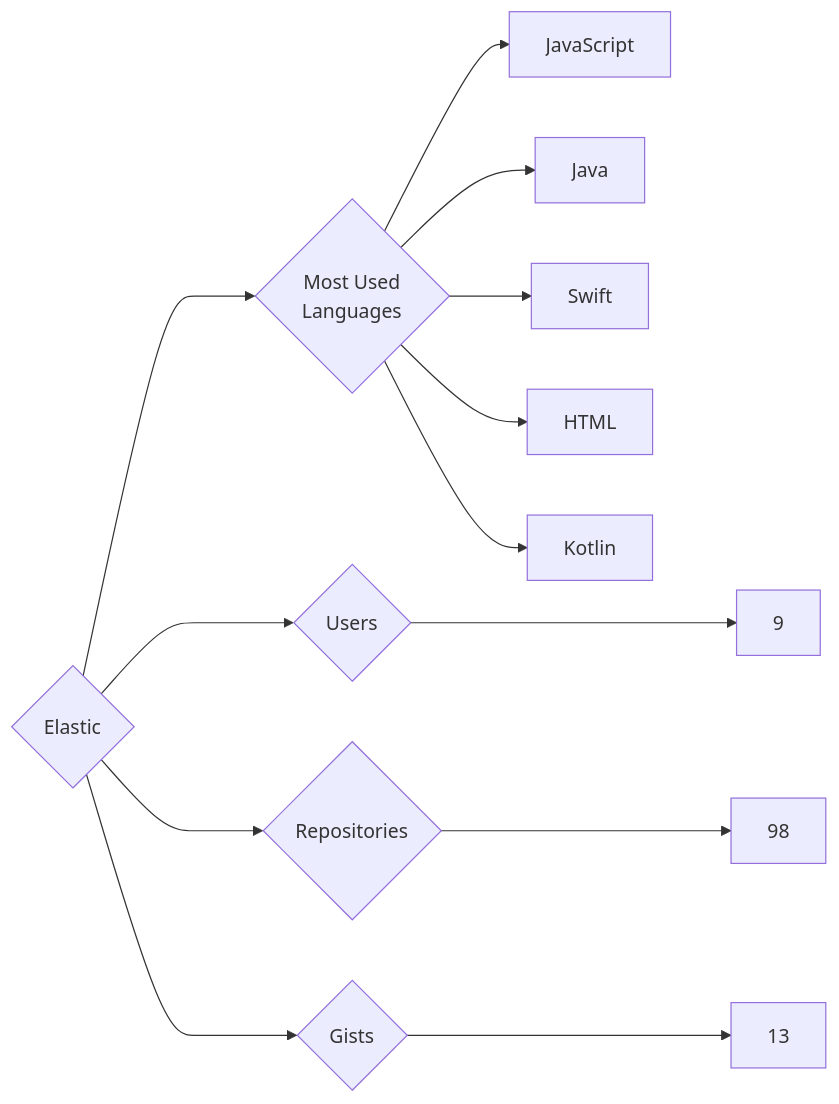
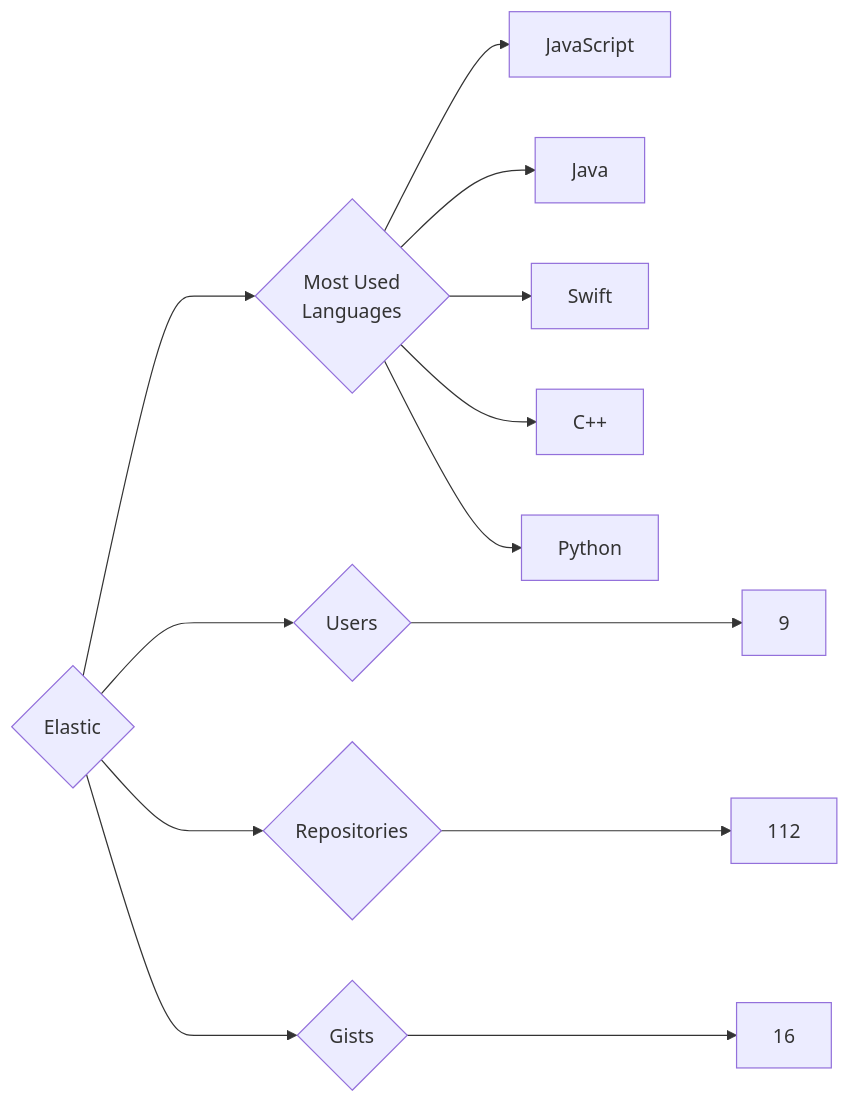
Before and after one commit to trickest/insiders: the diagram in targets/Elastic/README.md, drawn with Mermaid. The commit also changed 1088 other files, not shown here.

````diff
--- a/targets/Elastic/README.md
+++ b/targets/Elastic/README.md
@@ -3,13 +3,13 @@
 ```mermaid
 graph LR
 COMPANY_NAME{Elastic}
 COMPANY_NAME ---> U{Users} ---> UN[9]
-COMPANY_NAME ---> R{Repositories} ---> RN[98]
-COMPANY_NAME ---> G{Gists} ---> GN[13]
+COMPANY_NAME ---> R{Repositories} ---> RN[112]
+COMPANY_NAME ---> G{Gists} ---> GN[16]
 COMPANY_NAME ---> ML{Most Used<br>Languages}
 ML --> JavaScript[JavaScript]
 ML --> Java[Java]
 ML --> Swift[Swift]
-ML --> HTML[HTML]
-ML --> Kotlin[Kotlin]
+ML --> C++[C++]
+ML --> Python[Python]
 ```
````
